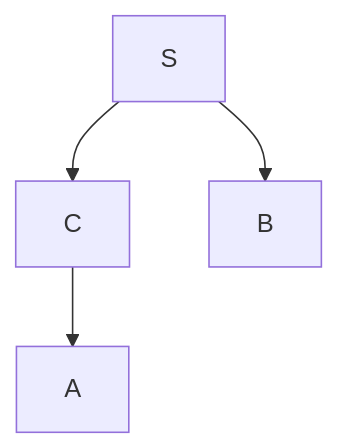
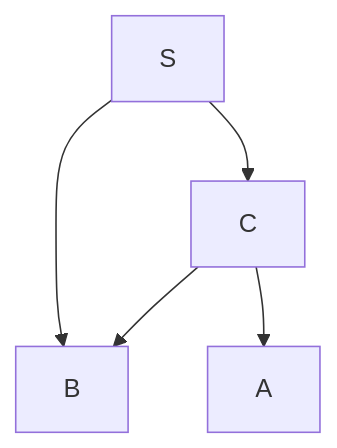
One commit to GToidZ/KE-and-M-ans changed the second of 2 diagrams in keandm slide answers 20-04-23.md. Above: the diagram before and after it, drawn with Mermaid. The commit also changed other lines of this file, not shown here.

````diff
--- a/keandm slide answers 20-04-23.md
+++ b/keandm slide answers 20-04-23.md
@@ -100,6 +127,7 @@
 ```mermaid
 graph TD;
   S-->C;
   S-->B;
+  C-->B;
   C-->A;
 ```
````
